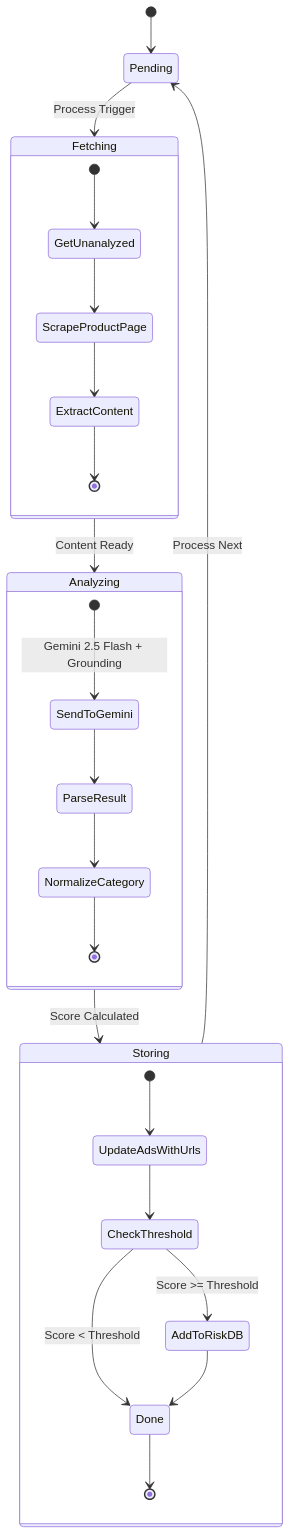
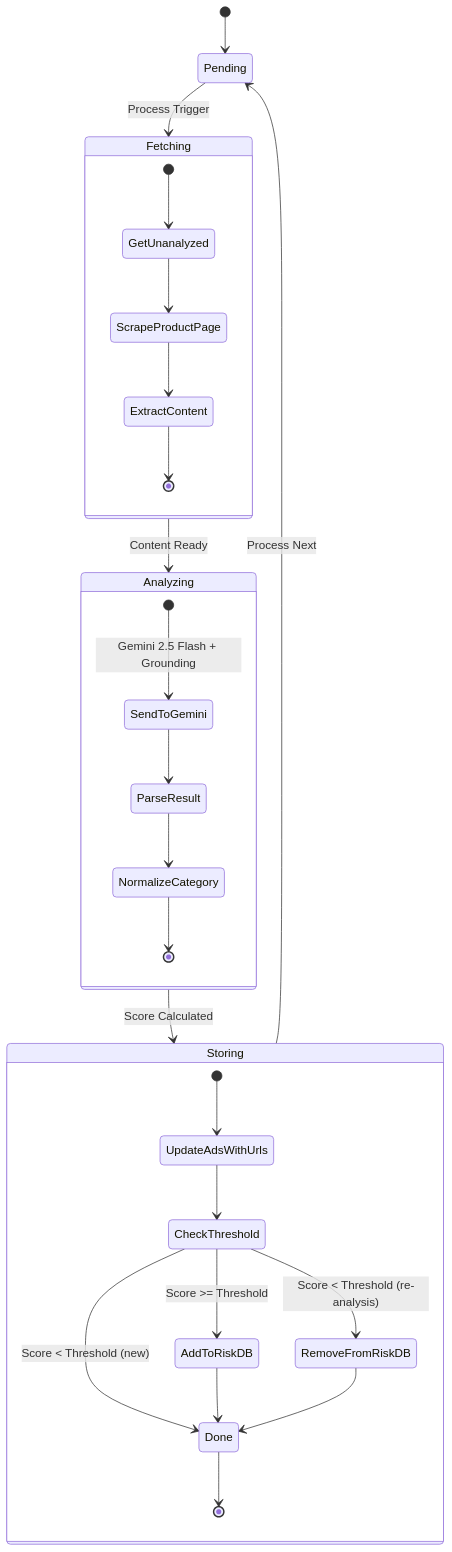
The third of 6 diagrams in docs/architecture.md (Rani-Maman/Adora), drawn with Mermaid before and after one commit. The commit also changed 2 other files, not shown here.

Commit message:
feat(analyze): delete from risk_db when re-analysis scores below 0.6
- Add delete_from_risk_db() — removes false positives on re-score
- upsert_risk_db uses latest score instead of GREATEST
- Reset 403 ads (109 PM-failed domains) for grounded re-analysis

````diff
--- a/docs/architecture.md
+++ b/docs/architecture.md
@@ -69,37 +69,39 @@
 ```mermaid
 stateDiagram-v2
     direction TB
     
     [*] --> Pending
     
     Pending --> Fetching: Process Trigger
     
     state Fetching {
         [*] --> GetUnanalyzed
         GetUnanalyzed --> ScrapeProductPage
         ScrapeProductPage --> ExtractContent
         ExtractContent --> [*]
     }
     
     Fetching --> Analyzing: Content Ready
     
     state Analyzing {
         [*] --> SendToGemini: Gemini 2.5 Flash + Grounding
         SendToGemini --> ParseResult
         ParseResult --> NormalizeCategory
         NormalizeCategory --> [*]
     }
     
     Analyzing --> Storing: Score Calculated
     
     state Storing {
         [*] --> UpdateAdsWithUrls
         UpdateAdsWithUrls --> CheckThreshold
         CheckThreshold --> AddToRiskDB: Score >= Threshold
-        CheckThreshold --> Done: Score < Threshold
+        CheckThreshold --> RemoveFromRiskDB: Score < Threshold (re-analysis)
+        CheckThreshold --> Done: Score < Threshold (new)
         AddToRiskDB --> Done
+        RemoveFromRiskDB --> Done
         Done --> [*]
     }
     
     Storing --> Pending: Process Next
 ```
````
